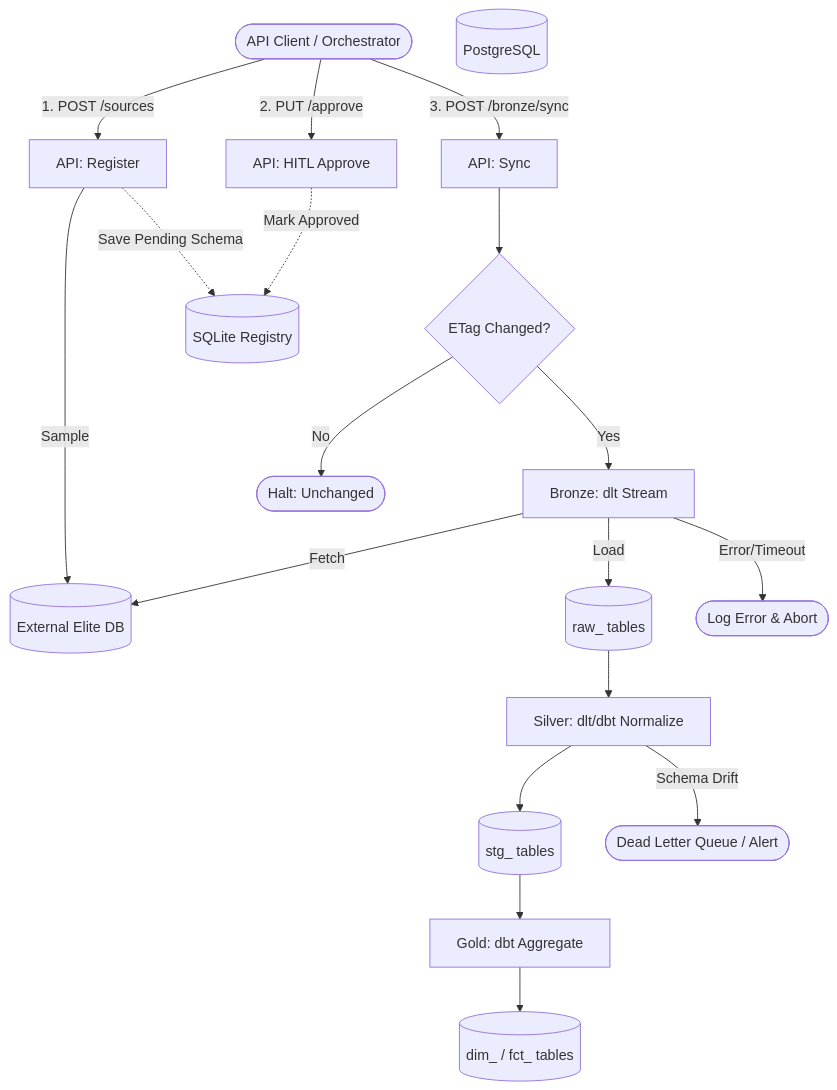
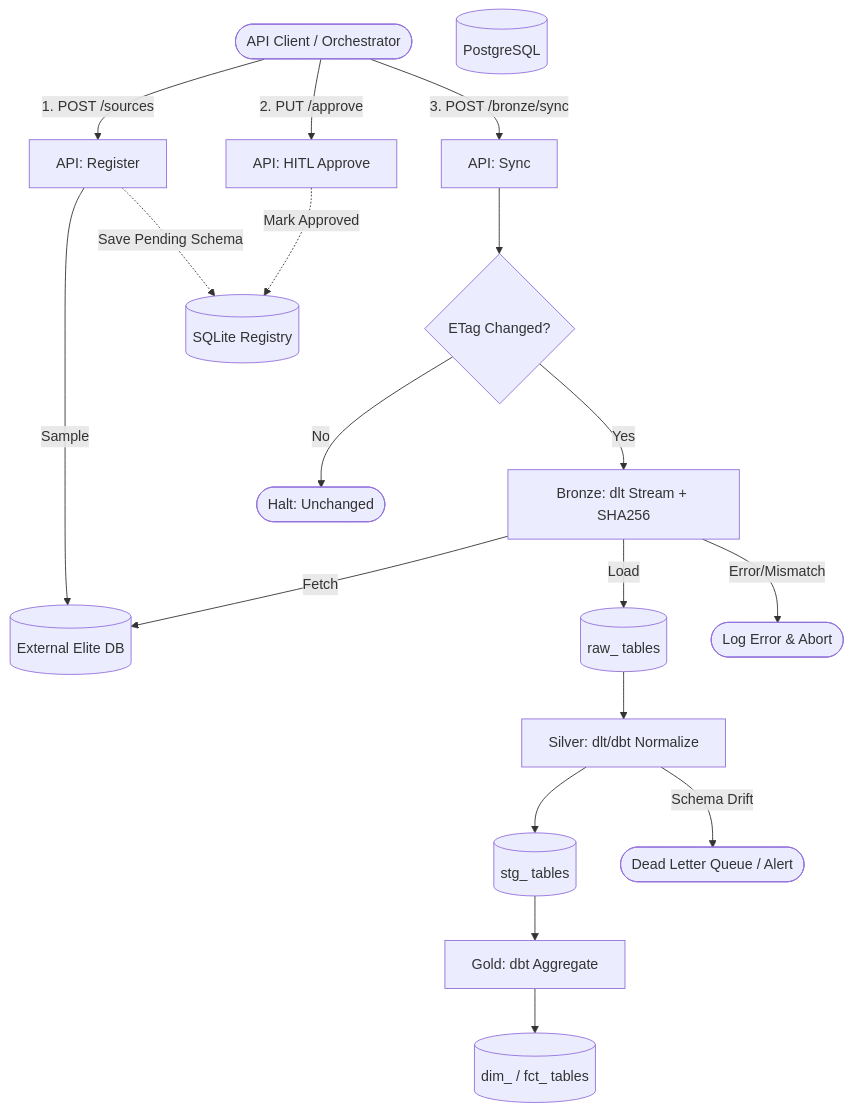
The first of 2 diagrams in docs/explanation/master-etl-workflow.md (mnaatjes/elite-etl), drawn with Mermaid before and after one commit. The commit also changed other lines of this file and 1 other file, not shown here.

````diff
--- a/docs/explanation/master-etl-workflow.md
+++ b/docs/explanation/master-etl-workflow.md
@@ -43,35 +43,35 @@
 ```mermaid
 graph TD
     %% Entities
     Client([API Client / Orchestrator])
     Source[(External Elite DB)]
     Registry[(SQLite Registry)]
     Postgres[(PostgreSQL)]
     
     %% API
     Client -- "1. POST /sources" --> API_Reg[API: Register]
     Client -- "2. PUT /approve" --> API_HITL[API: HITL Approve]
     Client -- "3. POST /bronze/sync" --> API_Sync[API: Sync]
     
     %% Onboarding
     API_Reg -->|Sample| Source
     API_Reg -. "Save Pending Schema" .-> Registry
     API_HITL -. "Mark Approved" .-> Registry
     
     %% Sync/Bronze
     API_Sync --> ETag{ETag Changed?}
     ETag -- No --> Halt([Halt: Unchanged])
-    ETag -- Yes --> Stream[Bronze: dlt Stream]
+    ETag -- Yes --> Stream[Bronze: dlt Stream + SHA256]
     Stream -->|Fetch| Source
     Stream -->|Load| Raw[(raw_ tables)]
-    Stream -- "Error/Timeout" --> Error_Log([Log Error & Abort])
+    Stream -- "Error/Mismatch" --> Error_Log([Log Error & Abort])
     
     %% Silver
     Raw --> Silver[Silver: dlt/dbt Normalize]
     Silver --> Stg[(stg_ tables)]
     Silver -- "Schema Drift" --> DLQ([Dead Letter Queue / Alert])
     
     %% Gold
     Stg --> Gold[Gold: dbt Aggregate]
     Gold --> Prod[(dim_ / fct_ tables)]
 ```
````
